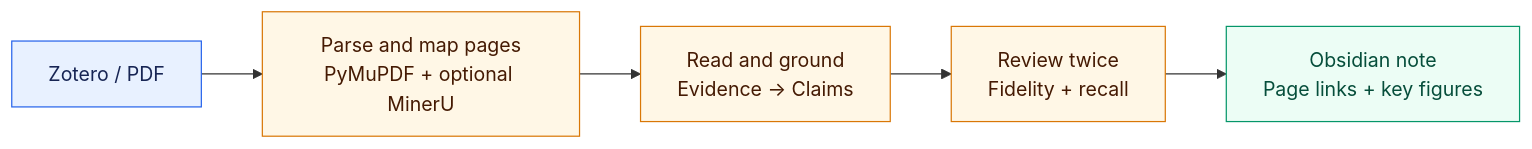
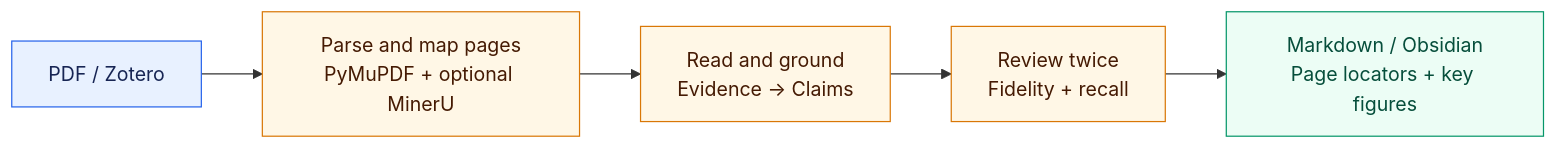
Before and after one commit to xieyf1024/Litanchor-paper-reading: the diagram in README_EN.md, drawn with Mermaid. The commit also changed other lines of this file and 35 other files, not shown here.

````diff
--- a/README_EN.md
+++ b/README_EN.md
@@ -63,14 +69,14 @@
 ```mermaid
 flowchart LR
-    source["Zotero / PDF"] --> parse["Parse and map pages<br/>PyMuPDF + optional MinerU"]
+    source["PDF / Zotero"] --> parse["Parse and map pages<br/>PyMuPDF + optional MinerU"]
     parse --> ground["Read and ground<br/>Evidence → Claims"]
     ground --> review["Review twice<br/>Fidelity + recall"]
-    review --> note["Obsidian note<br/>Page links + key figures"]
+    review --> note["Markdown / Obsidian<br/>Page locators + key figures"]
 
     classDef sourceNode fill:#E8F1FF,stroke:#2563EB,color:#172554
     classDef processNode fill:#FFF7E6,stroke:#D97706,color:#451A03
     classDef outputNode fill:#ECFDF5,stroke:#059669,color:#064E3B
     class source sourceNode
     class parse,ground,review processNode
     class note outputNode
 ```
````
